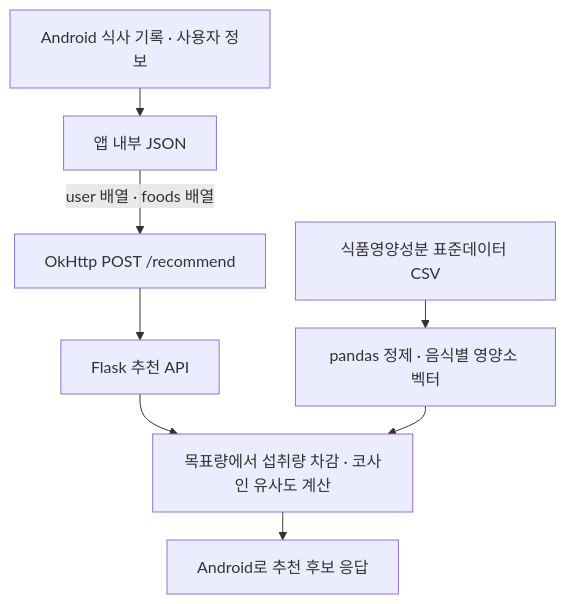
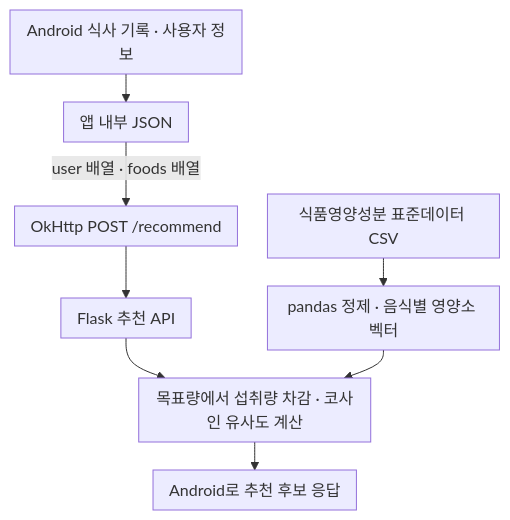
One commit to keeeery/portfolio changed the second of 5 diagrams in src/5-Nutrifit/TechDoc_Nutrifit.md. Above: the diagram before and after it, drawn with Mermaid. The commit also changed other lines of this file and 13 other files, not shown here.

Commit message:
기술 문서: 다이어그램 다듬기와 부가 설명 문구 통일, Arcanist 구조도를 전투·카드 개요로, ODDITY 보스 장 정리와 염동력 시연 GIF, 코드 발췌 머리 주석 통일, 데이터 다시 빌드

````diff
--- a/src/5-Nutrifit/TechDoc_Nutrifit.md
+++ b/src/5-Nutrifit/TechDoc_Nutrifit.md
@@ -58,11 +74,11 @@
 ```mermaid
-%%{init: {"flowchart": {"rankSpacing": 28, "nodeSpacing": 30}}}%%
+%%{init: {"flowchart": {"rankSpacing": 28, "nodeSpacing": 30, "padding": 8}}}%%
 flowchart TB
     Record["Android 식사 기록 · 사용자 정보"] --> Local["앱 내부 JSON"]
     Local -->|user 배열 · foods 배열| Request["OkHttp POST /recommend"]
     Request --> API["Flask 추천 API"]
     CSV["식품영양성분 표준데이터 CSV"] --> Clean["pandas 정제 · 음식별 영양소 벡터"]
     API --> Rank["목표량에서 섭취량 차감 · 코사인 유사도 계산"]
     Clean --> Rank
     Rank --> Response["Android로 추천 후보 응답"]
 ```
````
